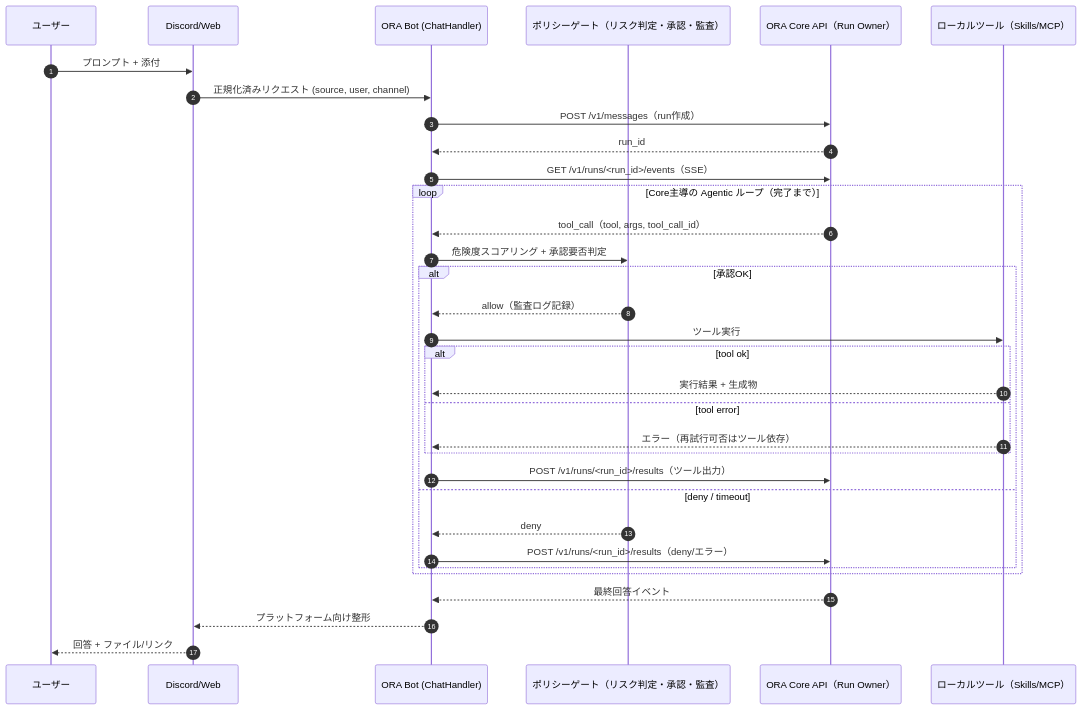
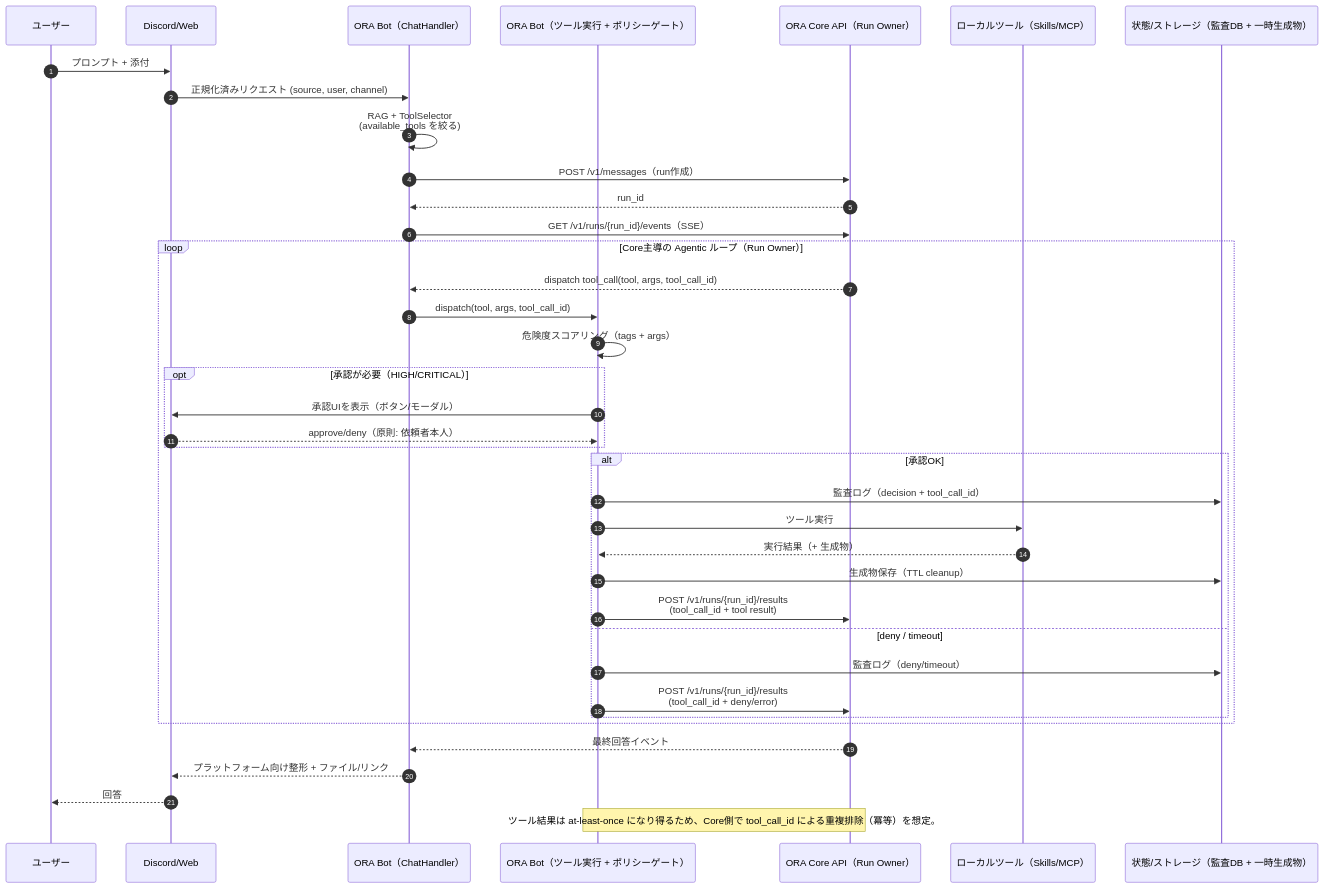
The first of 3 diagrams in README_JP.md (YoneRai12/ORA), drawn with Mermaid before and after one commit. The commit also changed other lines of this file and 1 other file, not shown here.

Commit message:
docs(diagrams): clarify tool executor, approvals, idempotency

````diff
--- a/README_JP.md
+++ b/README_JP.md
@@ -68,36 +68,44 @@
 ```mermaid
 sequenceDiagram
     autonumber
     participant U as ユーザー
     participant P as Discord/Web
-    participant C as ORA Bot (ChatHandler)
-    participant S as ポリシーゲート（リスク判定・承認・監査）
-    participant O as ORA Core API（Run Owner）
-    participant T as ローカルツール（Skills/MCP）
+    participant CH as ORA Bot（ChatHandler）
+    participant EX as ORA Bot（ツール実行 + ポリシーゲート）
+    participant CORE as ORA Core API（Run Owner）
+    participant LT as ローカルツール（Skills/MCP）
+    participant ST as 状態/ストレージ（監査DB + 一時生成物）
 
     U->>P: プロンプト + 添付
-    P->>C: 正規化済みリクエスト (source, user, channel)
-    C->>O: POST /v1/messages（run作成）
-    O-->>C: run_id
-    C->>O: GET /v1/runs/<run_id>/events（SSE）
-    loop Core主導の Agentic ループ（完了まで）
-        O-->>C: tool_call（tool, args, tool_call_id）
-        C->>S: 危険度スコアリング + 承認要否判定
+    P->>CH: 正規化済みリクエスト (source, user, channel)
+    CH->>CH: RAG + ToolSelector<br/>(available_tools を絞る)
+    CH->>CORE: POST /v1/messages（run作成）
+    CORE-->>CH: run_id
+    CH->>CORE: GET /v1/runs/{run_id}/events（SSE）
+
+    loop Core主導の Agentic ループ（Run Owner）
+        CORE-->>CH: dispatch tool_call(tool, args, tool_call_id)
+        CH->>EX: dispatch(tool, args, tool_call_id)
+        EX->>EX: 危険度スコアリング（tags + args）
+        opt 承認が必要（HIGH/CRITICAL）
+            EX->>P: 承認UIを表示（ボタン/モーダル）
+            P-->>EX: approve/deny（原則: 依頼者本人）
+        end
         alt 承認OK
-            S-->>C: allow（監査ログ記録）
-            C->>T: ツール実行
-            alt tool ok
-                T-->>C: 実行結果 + 生成物
-            else tool error
-                T-->>C: エラー（再試行可否はツール依存）
-            end
-            C->>O: POST /v1/runs/<run_id>/results（ツール出力）
+            EX->>ST: 監査ログ（decision + tool_call_id）
+            EX->>LT: ツール実行
+            LT-->>EX: 実行結果（+ 生成物）
+            EX->>ST: 生成物保存（TTL cleanup）
+            EX->>CORE: POST /v1/runs/{run_id}/results<br/>(tool_call_id + tool result)
         else deny / timeout
-            S-->>C: deny
-            C->>O: POST /v1/runs/<run_id>/results（deny/エラー）
+            EX->>ST: 監査ログ（deny/timeout）
+            EX->>CORE: POST /v1/runs/{run_id}/results<br/>(tool_call_id + deny/error)
         end
     end
-    O-->>C: 最終回答イベント
-    C-->>P: プラットフォーム向け整形
-    P-->>U: 回答 + ファイル/リンク
+
+    CORE-->>CH: 最終回答イベント
+    CH-->>P: プラットフォーム向け整形 + ファイル/リンク
+    P-->>U: 回答
+
+    Note over EX,CORE: ツール結果は at-least-once になり得るため、Core側で tool_call_id による重複排除（冪等）を想定。
 ```
````
